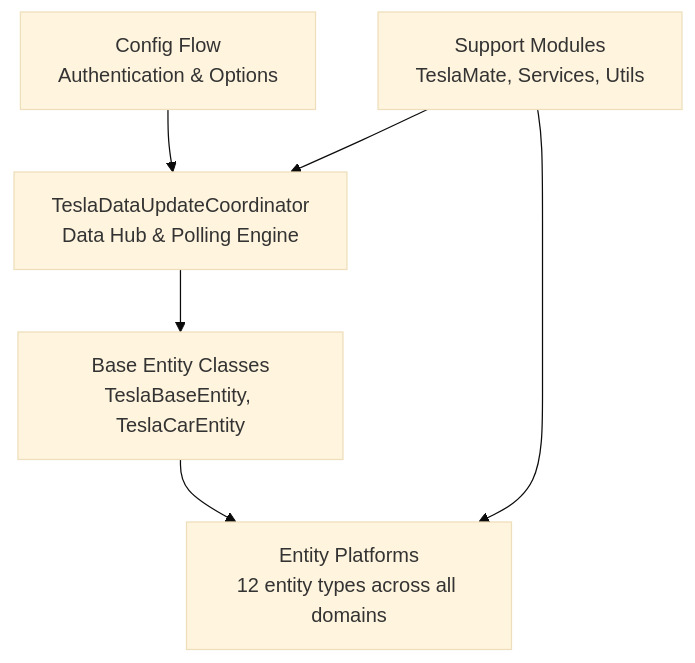
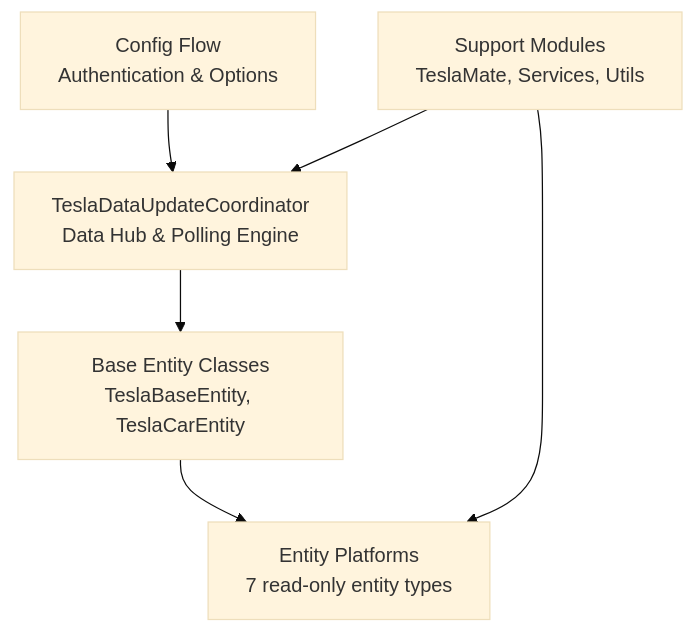
The diagram in docs/components.md (grzesiek1711/tesla), drawn with Mermaid (base theme) before and after one commit. The commit also changed other lines of this file and 40 other files, not shown here.

````diff
--- a/docs/components.md
+++ b/docs/components.md
@@ -5,17 +5,17 @@
 ```mermaid
 graph TB
     TDC["TeslaDataUpdateCoordinator<br/>Data Hub & Polling Engine"]
 
     BASE["Base Entity Classes<br/>TeslaBaseEntity, TeslaCarEntity"]
 
     CONFIG["Config Flow<br/>Authentication & Options"]
     SUPPORT["Support Modules<br/>TeslaMate, Services, Utils"]
 
-    ENTITIES["Entity Platforms<br/>12 entity types across all domains"]
+    ENTITIES["Entity Platforms<br/>7 read-only entity types"]
 
     TDC --> BASE
     BASE --> ENTITIES
     CONFIG --> TDC
     SUPPORT --> TDC
     SUPPORT --> ENTITIES
 ```
````
